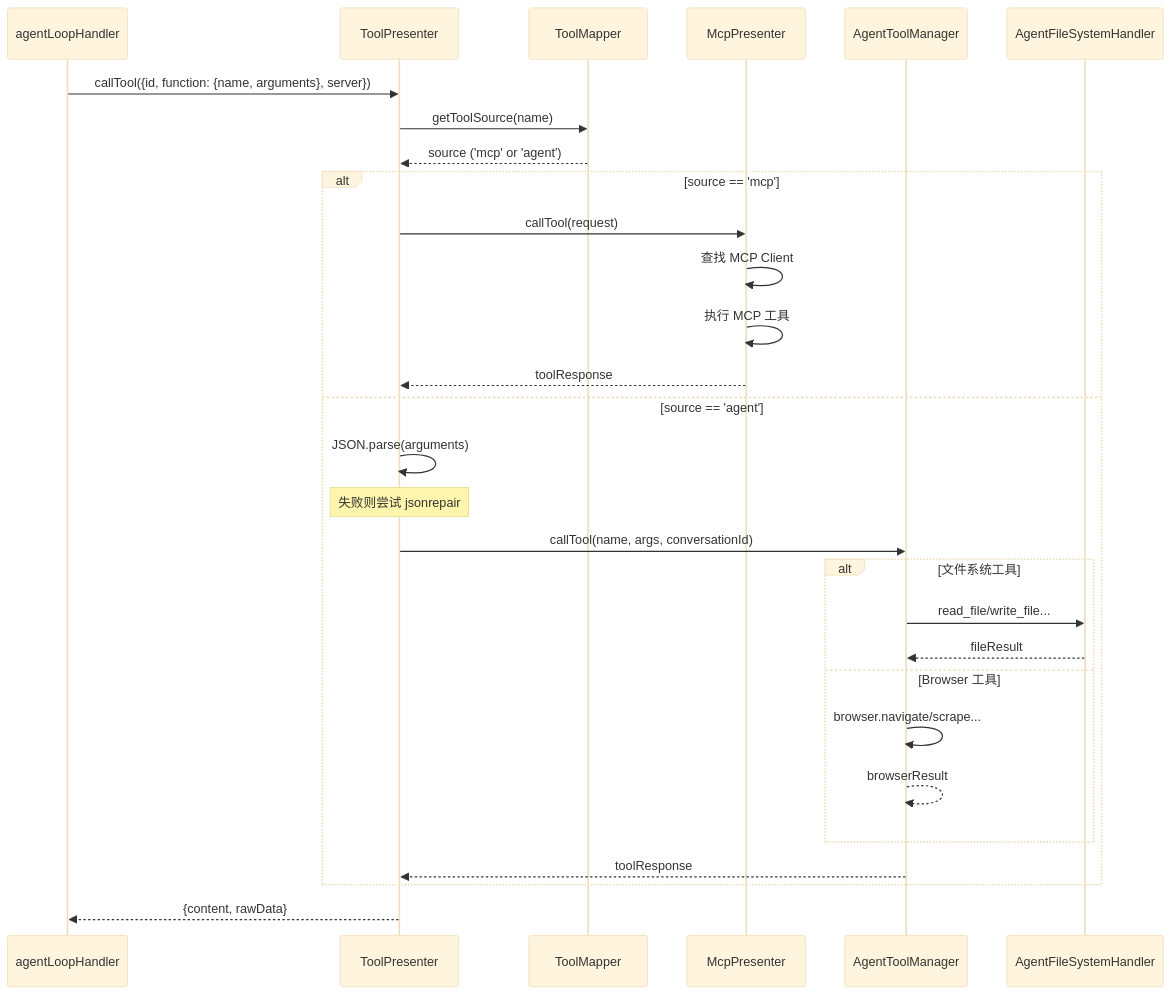
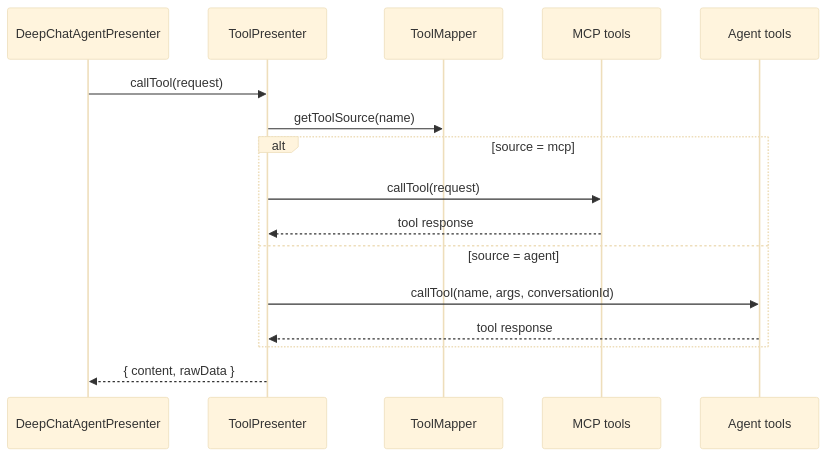
Before and after one commit to ThinkInAIXYZ/deepchat: the second of 2 diagrams in docs/architecture/tool-system.md, drawn with Mermaid (base theme). The commit also changed other lines of this file and 116 other files, not shown here.

````diff
--- a/docs/architecture/tool-system.md
+++ b/docs/architecture/tool-system.md
@@ -175,38 +45,21 @@
 ```mermaid
 sequenceDiagram
-    participant AgentLoop as agentLoopHandler
-    participant ToolP as ToolPresenter
-    participant Mapper as ToolMapper
-    participant McpP as McpPresenter
-    participant AgentToolMgr as AgentToolManager
-    participant FsHandler as AgentFileSystemHandler
+    participant D as DeepChatAgentPresenter
+    participant T as ToolPresenter
+    participant Map as ToolMapper
+    participant M as MCP tools
+    participant A as Agent tools
 
-    AgentLoop->>ToolP: callTool({id, function: {name, arguments}, server})
+    D->>T: callTool(request)
+    T->>Map: getToolSource(name)
 
-    ToolP->>Mapper: getToolSource(name)
-    Mapper-->>ToolP: source ('mcp' or 'agent')
-
-    alt source == 'mcp'
-        ToolP->>McpP: callTool(request)
-        McpP->>McpP: 查找 MCP Client
-        McpP->>McpP: 执行 MCP 工具
-        McpP-->>ToolP: toolResponse
-    else source == 'agent'
-        ToolP->>ToolP: JSON.parse(arguments)
-        Note over ToolP: 失败则尝试 jsonrepair
-
-        ToolP->>AgentToolMgr: callTool(name, args, conversationId)
-
-        alt 文件系统工具
-            AgentToolMgr->>FsHandler: read_file/write_file...
-            FsHandler-->>AgentToolMgr: fileResult
-        else Browser 工具
-            AgentToolMgr->>AgentToolMgr: browser.navigate/scrape...
-            AgentToolMgr-->>AgentToolMgr: browserResult
-        end
-
-        AgentToolMgr-->>ToolP: toolResponse
+    alt source = mcp
+        T->>M: callTool(request)
+        M-->>T: tool response
+    else source = agent
+        T->>A: callTool(name, args, conversationId)
+        A-->>T: tool response
     end
 
-    ToolP-->>AgentLoop: {content, rawData}
+    T-->>D: { content, rawData }
 ```
````
